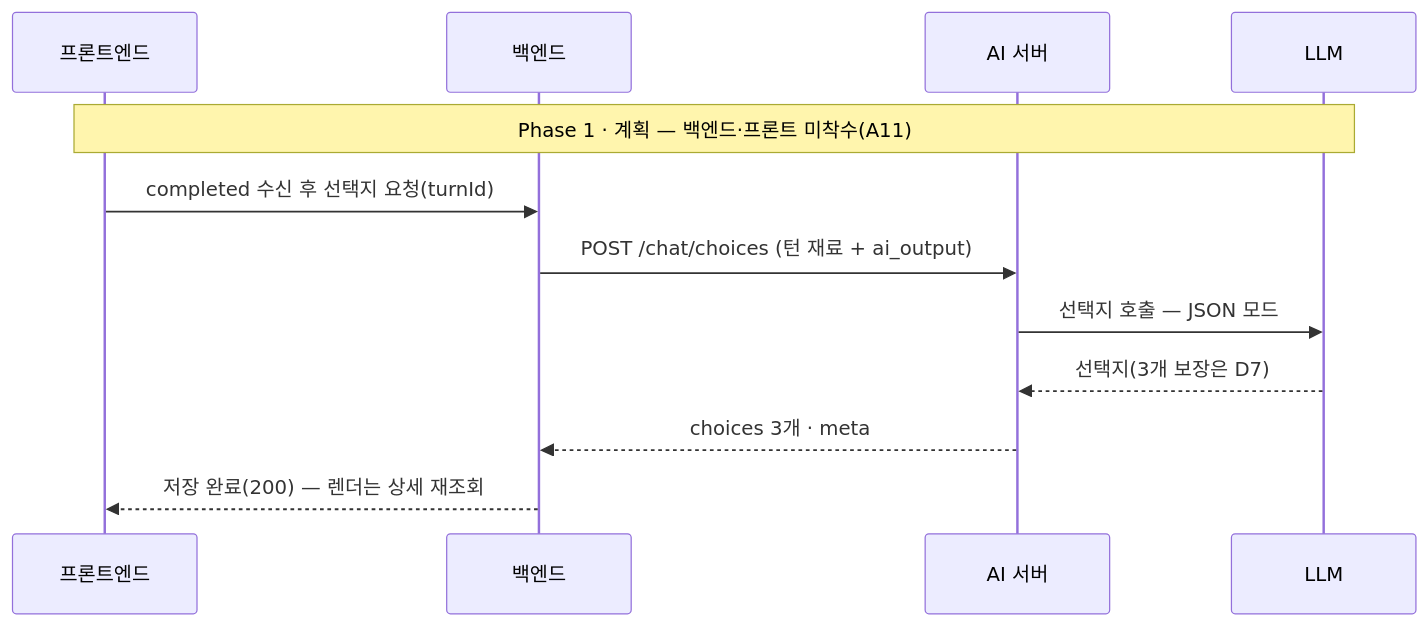
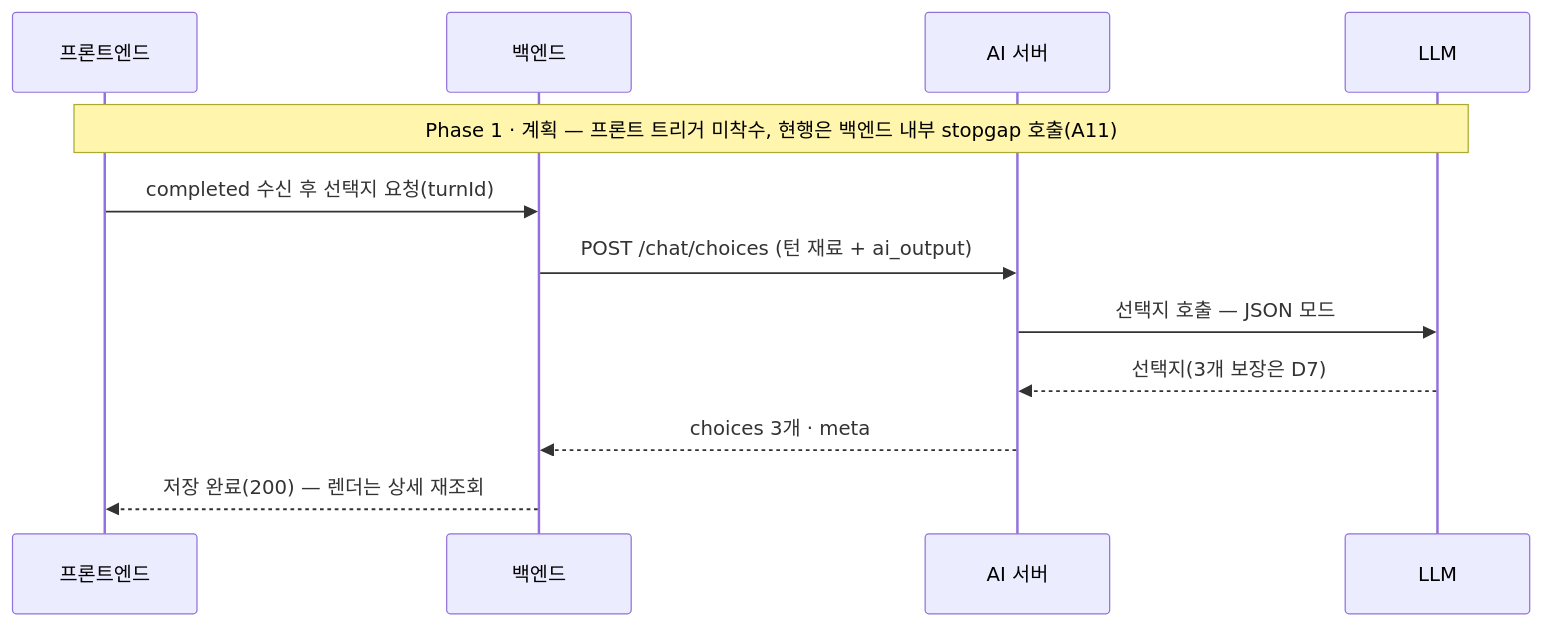
Before and after one commit to KIM-N-KANG/knk-harness: the fifth of 8 diagrams in docs/product-specs/5-ai-server.md, drawn with Mermaid. The commit also changed other lines of this file and 1 other file, not shown here.

````diff
--- a/docs/product-specs/5-ai-server.md
+++ b/docs/product-specs/5-ai-server.md
@@ -501,15 +501,15 @@
 ```mermaid
 sequenceDiagram
     participant FE as 프론트엔드
     participant BE as 백엔드
     participant AI as AI 서버
     participant LLM as LLM
 
-    Note over FE,LLM: Phase 1 · 계획 — 백엔드·프론트 미착수(A11)
+    Note over FE,LLM: Phase 1 · 계획 — 프론트 트리거 미착수, 현행은 백엔드 내부 stopgap 호출(A11)
     FE->>BE: completed 수신 후 선택지 요청(turnId)
     BE->>AI: POST /chat/choices (턴 재료 + ai_output)
     AI->>LLM: 선택지 호출 — JSON 모드
     LLM-->>AI: 선택지(3개 보장은 D7)
     AI-->>BE: choices 3개 · meta
     BE-->>FE: 저장 완료(200) — 렌더는 상세 재조회
 ```
````
